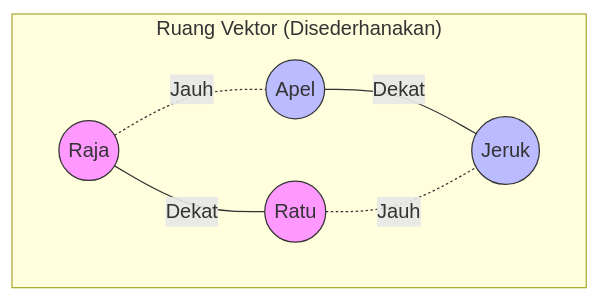
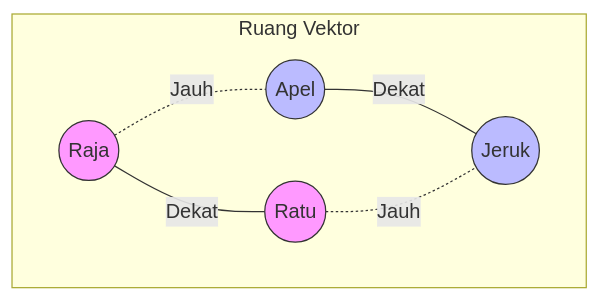
The diagram in _notes/Public/Embeddings.md (aessaputra/aessaputra.github.io), drawn with Mermaid before and after one commit.

Commit message:
docs: simplify vector space label in embeddings doc
Update the mermaid diagram label from "Ruang Vektor (Disederhanakan)" to "Ruang Vektor" for clarity and consistency with the rest of the documentation

````diff
--- a/_notes/Public/Embeddings.md
+++ b/_notes/Public/Embeddings.md
@@ -54,14 +54,14 @@
 ```mermaid
 graph TD
-    subgraph "Ruang Vektor (Disederhanakan)"
+    subgraph "Ruang Vektor"
         A((Raja)) ---|Dekat| B((Ratu))
         C((Apel)) ---|Dekat| D((Jeruk))
         A -.-|Jauh| C
         B -.-|Jauh| D
     end
 
     style A fill:#f9f,stroke:#333
     style B fill:#f9f,stroke:#333
     style C fill:#bbf,stroke:#333
     style D fill:#bbf,stroke:#333
 ```
````
